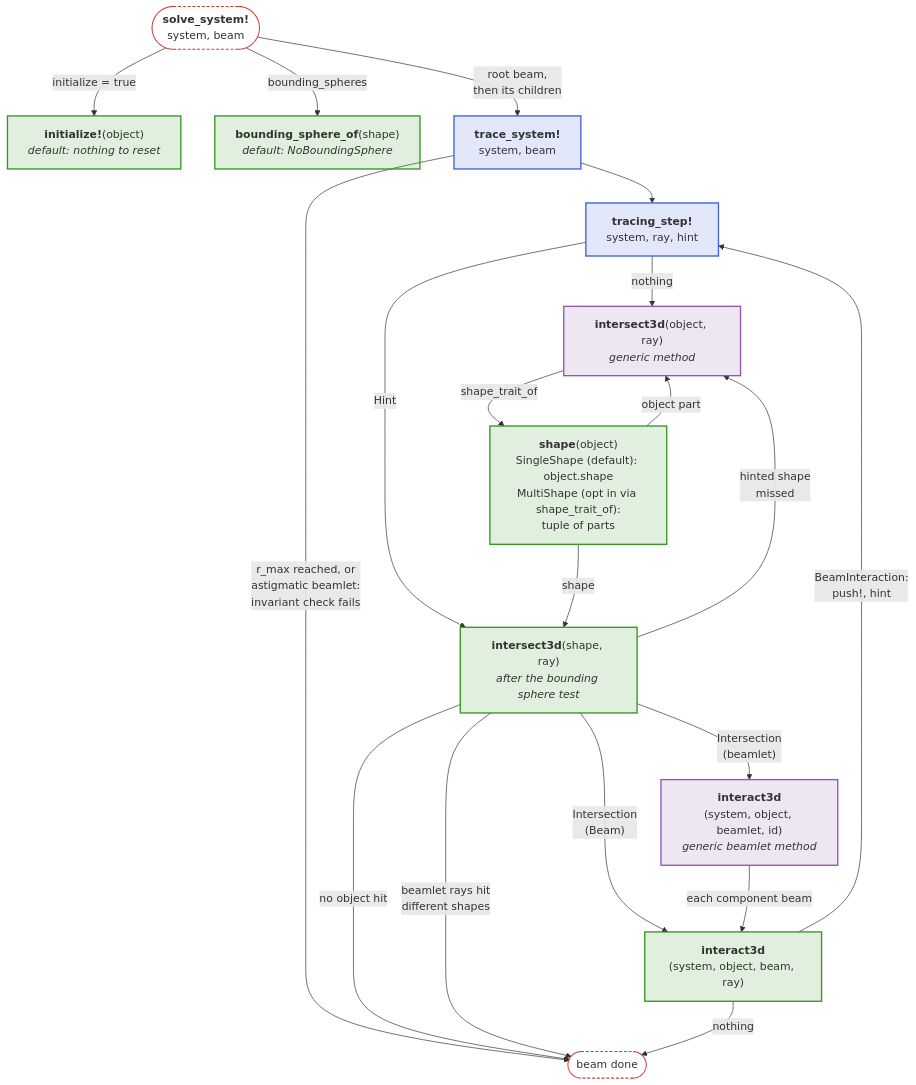
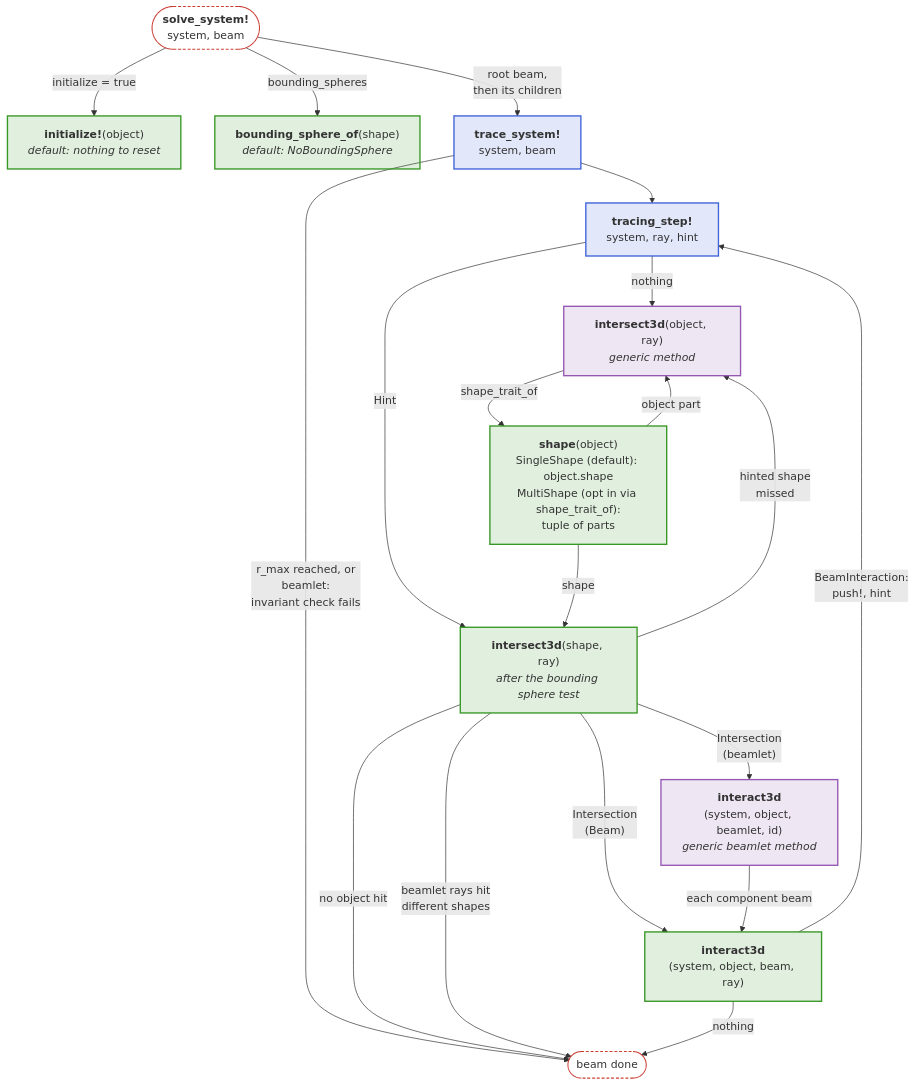
Before and after one commit to JuliaPhysics/BeamletOptics.jl: the first of 2 diagrams in docs/src/basics/components/components.md, drawn with Mermaid. The commit also changed 12 other files, not shown here.

````diff
--- a/docs/src/basics/components/components.md
+++ b/docs/src/basics/components/components.md
@@ -52,42 +52,42 @@
 ```mermaid
 flowchart TB
     S(["<b>solve_system!</b><br/>system, beam"])
     INI["<b>initialize!</b>(object)<br/><i>default: nothing to reset</i>"]
     BSO["<b>bounding_sphere_of</b>(shape)<br/><i>default: NoBoundingSphere</i>"]
     TR["<b>trace_system!</b><br/>system, beam"]
     STEP["<b>tracing_step!</b><br/>system, ray, hint"]
     IX["<b>intersect3d</b>(object, ray)<br/><i>generic method</i>"]
     SHP["<b>shape</b>(object)<br/>SingleShape (default): object.shape<br/>MultiShape (opt in via shape_trait_of):<br/>tuple of parts"]
     ISH["<b>intersect3d</b>(shape, ray)<br/><i>after the bounding sphere test</i>"]
     GB["<b>interact3d</b><br/>(system, object, beamlet, id)<br/><i>generic beamlet method</i>"]
     INT["<b>interact3d</b><br/>(system, object, beam, ray)"]
     E([beam done])
 
     S -- "initialize = true" --> INI
     S -- bounding_spheres --> BSO
     S -- "root beam,<br/>then its children" --> TR
     TR --> STEP
-    TR -- "r_max reached, or<br/>astigmatic beamlet:<br/>invariant check fails" --> E
+    TR -- "r_max reached, or<br/>beamlet:<br/>invariant check fails" --> E
     STEP -- "nothing" --> IX
     STEP -- "Hint" --> ISH
     IX -- shape_trait_of --> SHP
     SHP -- "shape" --> ISH
     SHP -- "object part" --> IX
     ISH -- "Intersection<br/>(Beam)" --> INT
     ISH -- "Intersection<br/>(beamlet)" --> GB
     GB -- "each component beam" --> INT
     ISH -- "hinted shape<br/>missed" --> IX
     ISH -- "no object hit" --> E
     ISH -- "beamlet rays hit<br/>different shapes" --> E
     INT -- "BeamInteraction:<br/>push!, hint" --> STEP
     INT -- "nothing" --> E
 
     classDef blue fill:#4063D826,stroke:#4063D8,stroke-width:2px
     classDef green fill:#38982626,stroke:#389826,stroke-width:2px
     classDef purple fill:#9558B226,stroke:#9558B2,stroke-width:2px
     classDef terminal fill:transparent,stroke:#CB3C33,stroke-width:1.5px,stroke-dasharray:4 3
     class TR,STEP blue
     class INI,BSO,SHP,ISH,INT green
     class IX,GB purple
     class S,E terminal
 ```
````
